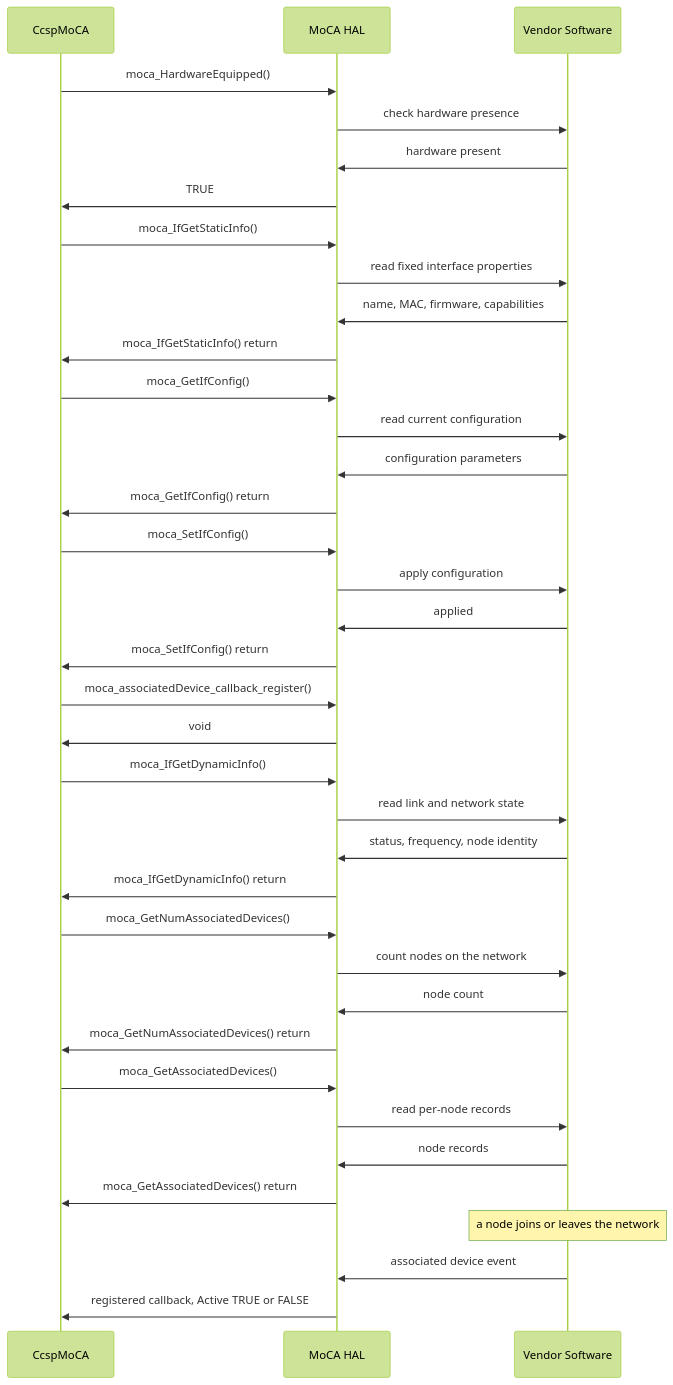
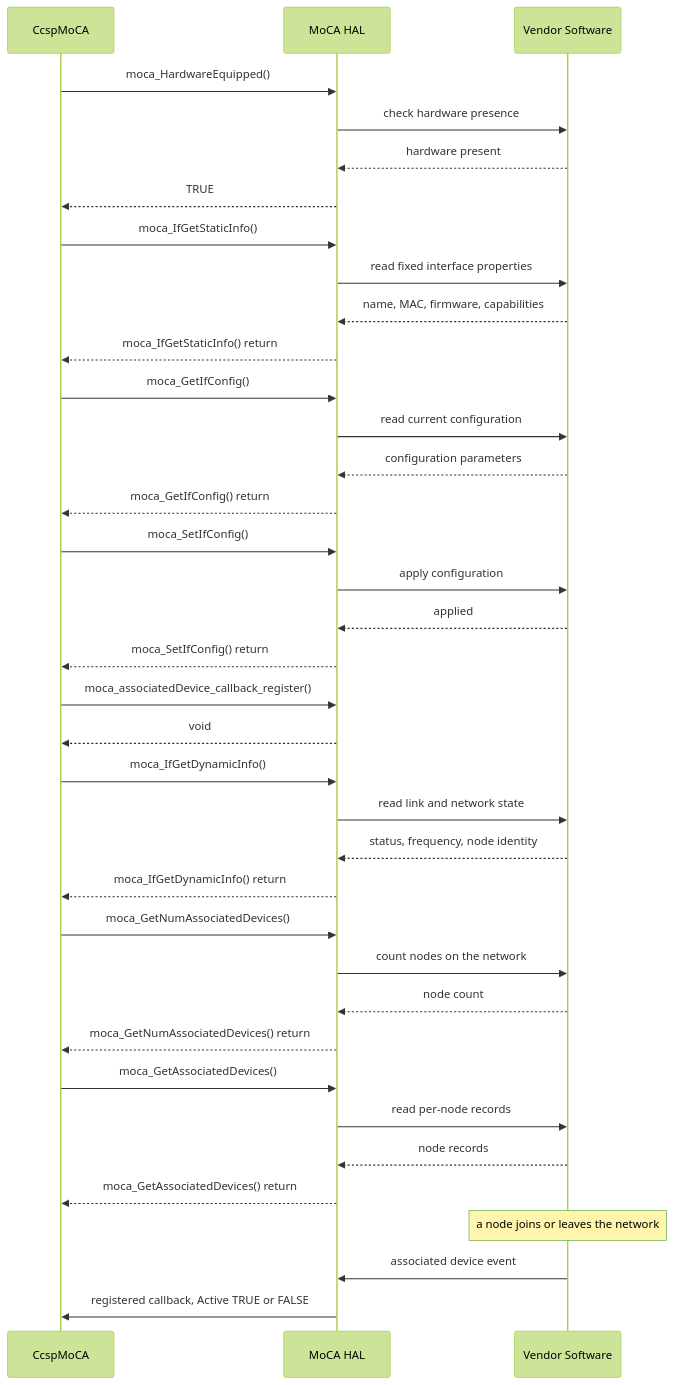
Before and after one commit to Blitzy-Sky/rdkb-halif-moca: the second of 3 diagrams in docs/pages/halSpec.md, drawn with Mermaid (forest theme). The commit also changed other lines of this file, not shown here.

Commit message:
docs: draw MoCA HAL replies as dashed arrows and keep ACA state labels on one line
Sequence-diagram replies use -->>; the ACA state labels use the NAME=N form (IN_PROGRESS=4, SUCCESS=0, FAIL_BADCHANNEL=1, FAIL_NOEVMPROBE=2, FAIL=3) so each renders on one line.

````diff
--- a/docs/pages/halSpec.md
+++ b/docs/pages/halSpec.md
@@ -471,48 +471,48 @@
 ```mermaid
 sequenceDiagram
     participant Caller as CcspMoCA
     participant HAL as MoCA HAL
     participant Vendor as Vendor Software
 
     Caller->>HAL: moca_HardwareEquipped()
     HAL->>Vendor: check hardware presence
-    Vendor->>HAL: hardware present
-    HAL->>Caller: TRUE
+    Vendor-->>HAL: hardware present
+    HAL-->>Caller: TRUE
 
     Caller->>HAL: moca_IfGetStaticInfo()
     HAL->>Vendor: read fixed interface properties
-    Vendor->>HAL: name, MAC, firmware, capabilities
-    HAL->>Caller: moca_IfGetStaticInfo() return
+    Vendor-->>HAL: name, MAC, firmware, capabilities
+    HAL-->>Caller: moca_IfGetStaticInfo() return
 
     Caller->>HAL: moca_GetIfConfig()
     HAL->>Vendor: read current configuration
-    Vendor->>HAL: configuration parameters
-    HAL->>Caller: moca_GetIfConfig() return
+    Vendor-->>HAL: configuration parameters
+    HAL-->>Caller: moca_GetIfConfig() return
 
     Caller->>HAL: moca_SetIfConfig()
     HAL->>Vendor: apply configuration
-    Vendor->>HAL: applied
-    HAL->>Caller: moca_SetIfConfig() return
+    Vendor-->>HAL: applied
+    HAL-->>Caller: moca_SetIfConfig() return
 
     Caller->>HAL: moca_associatedDevice_callback_register()
-    HAL->>Caller: void
+    HAL-->>Caller: void
 
     Caller->>HAL: moca_IfGetDynamicInfo()
     HAL->>Vendor: read link and network state
-    Vendor->>HAL: status, frequency, node identity
-    HAL->>Caller: moca_IfGetDynamicInfo() return
+    Vendor-->>HAL: status, frequency, node identity
+    HAL-->>Caller: moca_IfGetDynamicInfo() return
 
     Caller->>HAL: moca_GetNumAssociatedDevices()
     HAL->>Vendor: count nodes on the network
-    Vendor->>HAL: node count
-    HAL->>Caller: moca_GetNumAssociatedDevices() return
+    Vendor-->>HAL: node count
+    HAL-->>Caller: moca_GetNumAssociatedDevices() return
 
     Caller->>HAL: moca_GetAssociatedDevices()
     HAL->>Vendor: read per-node records
-    Vendor->>HAL: node records
-    HAL->>Caller: moca_GetAssociatedDevices() return
+    Vendor-->>HAL: node records
+    HAL-->>Caller: moca_GetAssociatedDevices() return
 
     Note over Vendor: a node joins or leaves the network
     Vendor->>HAL: associated device event
     HAL->>Caller: registered callback, Active TRUE or FALSE
 ```
````
